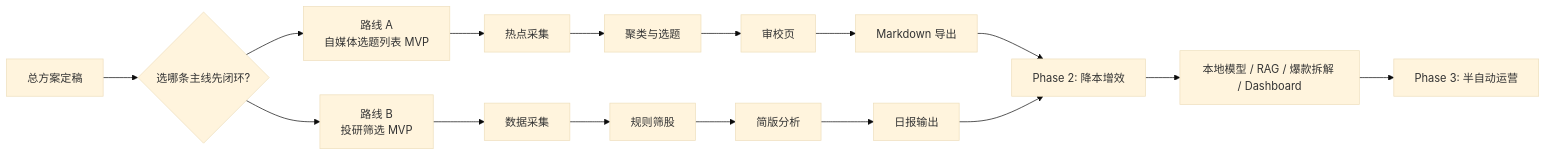
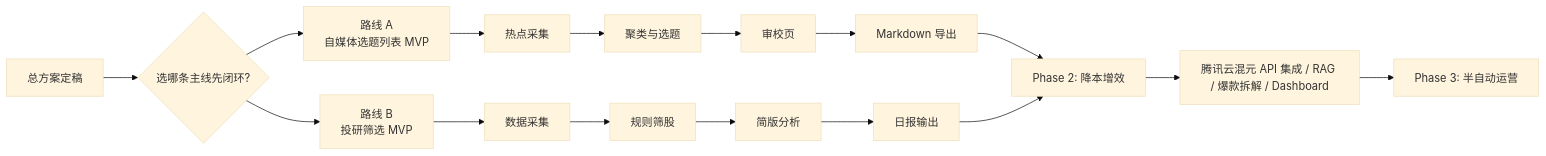
Before and after one commit to leeliu2580-ui/YMOS: the eighth of 9 diagrams in docs/superpowers/plans/2026-03-30-finance-media-research-automation-diagrams.md, drawn with Mermaid (base theme). The commit also changed other lines of this file and 6 other files, not shown here.

````diff
--- a/docs/superpowers/plans/2026-03-30-finance-media-research-automation-diagrams.md
+++ b/docs/superpowers/plans/2026-03-30-finance-media-research-automation-diagrams.md
@@ -232,21 +232,21 @@
 ```mermaid
 flowchart LR
     M0[总方案定稿] --> M1{选哪条主线先闭环?}
     M1 --> A1[路线 A\n自媒体选题列表 MVP]
     M1 --> B1[路线 B\n投研筛选 MVP]
 
     A1 --> A2[热点采集]
     A2 --> A3[聚类与选题]
     A3 --> A4[审校页]
     A4 --> A5[Markdown 导出]
 
     B1 --> B2[数据采集]
     B2 --> B3[规则筛股]
     B3 --> B4[简版分析]
     B4 --> B5[日报输出]
 
     A5 --> M2[Phase 2: 降本增效]
     B5 --> M2
-    M2 --> M3[本地模型 / RAG / 爆款拆解 / Dashboard]
+    M2 --> M3[腾讯云混元 API 集成 / RAG / 爆款拆解 / Dashboard]
     M3 --> M4[Phase 3: 半自动运营]
 ```
````
